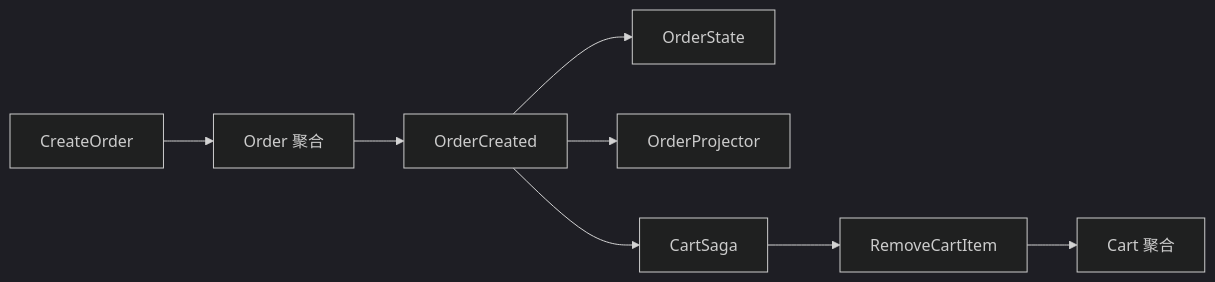
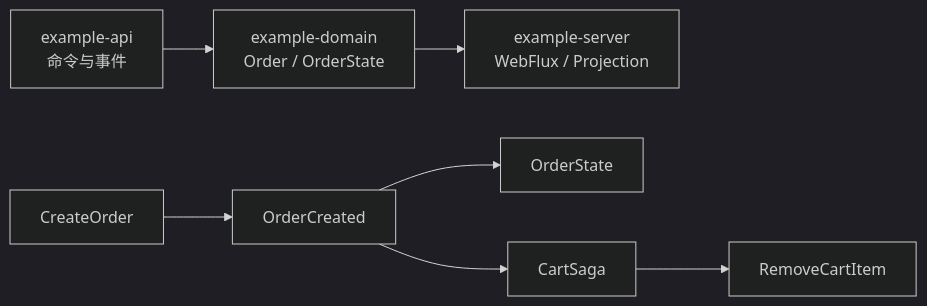
One commit to Ahoo-Wang/Wow changed the first of 2 diagrams in documentation/docs/zh/reference/example/order.md. Above: the diagram before and after it, drawn with Mermaid (dark theme). The commit also changed other lines of this file and 166 other files, not shown here.

````diff
--- a/documentation/docs/zh/reference/example/order.md
+++ b/documentation/docs/zh/reference/example/order.md
@@ -13,10 +13,9 @@
 ```mermaid
 flowchart LR
-    Create[CreateOrder] --> Order[Order 聚合]
-    Order --> Created[OrderCreated]
+    API[example-api<br/>命令与事件] --> DOMAIN[example-domain<br/>Order / OrderState]
+    DOMAIN --> SERVER[example-server<br/>WebFlux / Projection]
+    Create[CreateOrder] --> Created[OrderCreated]
     Created --> State[OrderState]
-    Created --> Projector[OrderProjector]
     Created --> CartSaga[CartSaga]
     CartSaga --> Remove[RemoveCartItem]
-    Remove --> Cart[Cart 聚合]
 ```
````
